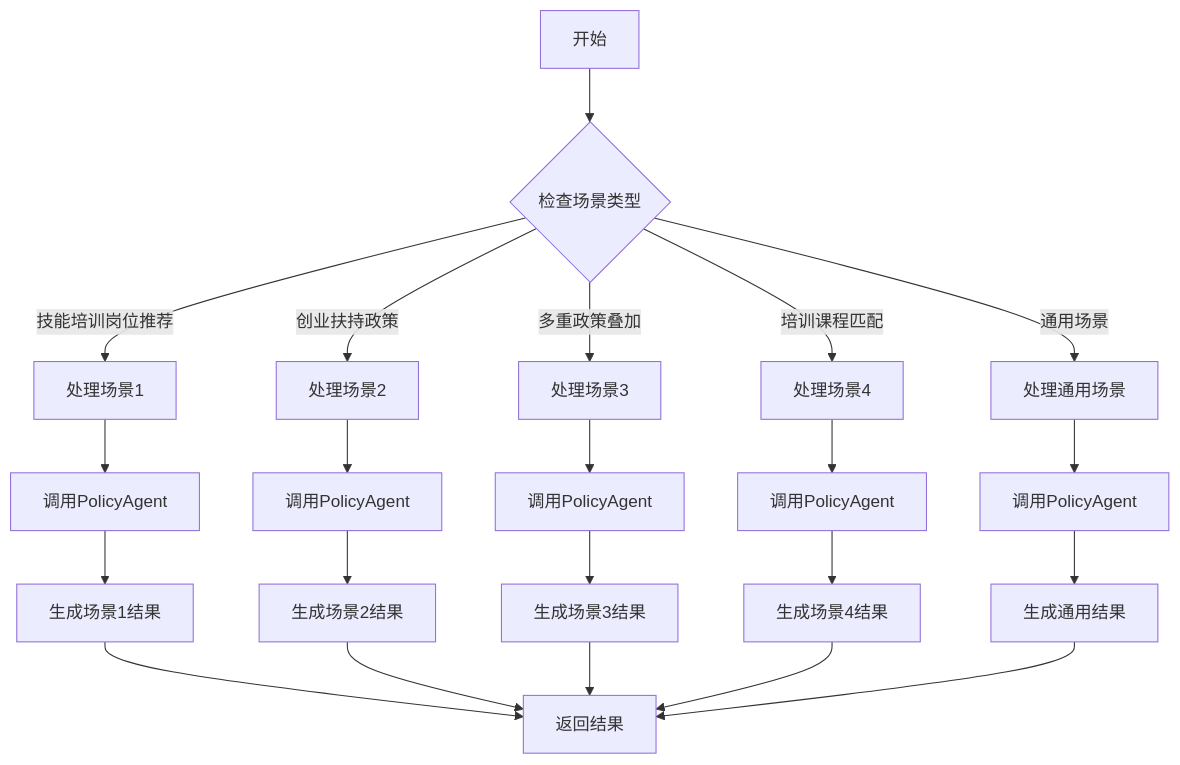
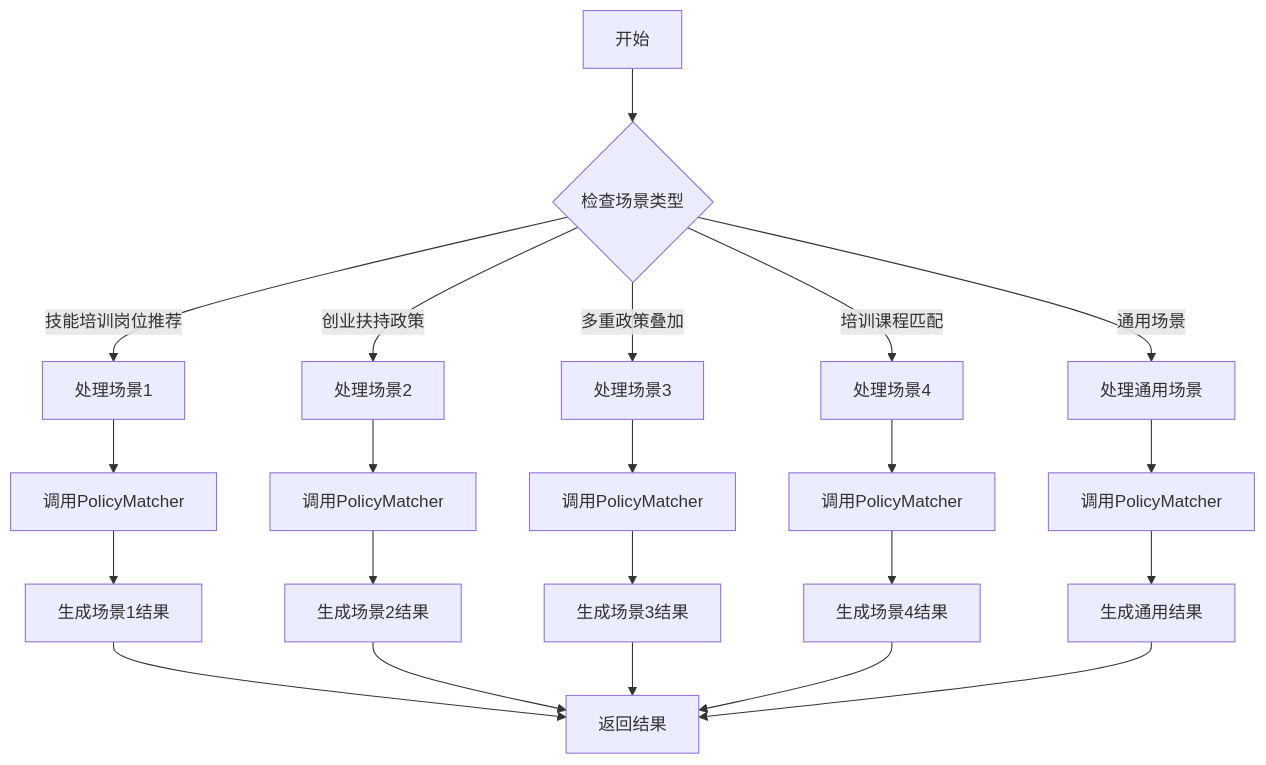
The second of 3 diagrams in doc/04_工程过程/03_系统设计/01_概要设计/project_architecture_plan.md (tianyong0618/policiespoc), drawn with Mermaid before and after one commit. The commit also changed other lines of this file and 28 other files, not shown here.

````diff
--- a/doc/04_工程过程/03_系统设计/01_概要设计/project_architecture_plan.md
+++ b/doc/04_工程过程/03_系统设计/01_概要设计/project_architecture_plan.md
@@ -128,27 +132,27 @@
 ```mermaid
 flowchart TD
     Start[开始] --> CheckScenario{检查场景类型}
     CheckScenario -->|技能培训岗位推荐| Scenario1[处理场景1]
     CheckScenario -->|创业扶持政策| Scenario2[处理场景2]
     CheckScenario -->|多重政策叠加| Scenario3[处理场景3]
     CheckScenario -->|培训课程匹配| Scenario4[处理场景4]
     CheckScenario -->|通用场景| General[处理通用场景]
     
-    Scenario1 --> PolicyAgent1[调用PolicyAgent]
-    Scenario2 --> PolicyAgent2[调用PolicyAgent]
-    Scenario3 --> PolicyAgent3[调用PolicyAgent]
-    Scenario4 --> PolicyAgent4[调用PolicyAgent]
-    General --> PolicyAgent5[调用PolicyAgent]
+    Scenario1 --> PolicyMatcher1[调用PolicyMatcher]
+    Scenario2 --> PolicyMatcher2[调用PolicyMatcher]
+    Scenario3 --> PolicyMatcher3[调用PolicyMatcher]
+    Scenario4 --> PolicyMatcher4[调用PolicyMatcher]
+    General --> PolicyMatcher5[调用PolicyMatcher]
     
-    PolicyAgent1 --> Result1[生成场景1结果]
-    PolicyAgent2 --> Result2[生成场景2结果]
-    PolicyAgent3 --> Result3[生成场景3结果]
-    PolicyAgent4 --> Result4[生成场景4结果]
-    PolicyAgent5 --> Result5[生成通用结果]
+    PolicyMatcher1 --> Result1[生成场景1结果]
+    PolicyMatcher2 --> Result2[生成场景2结果]
+    PolicyMatcher3 --> Result3[生成场景3结果]
+    PolicyMatcher4 --> Result4[生成场景4结果]
+    PolicyMatcher5 --> Result5[生成通用结果]
     
     Result1 --> Return[返回结果]
     Result2 --> Return
     Result3 --> Return
     Result4 --> Return
     Result5 --> Return
 ```
````
